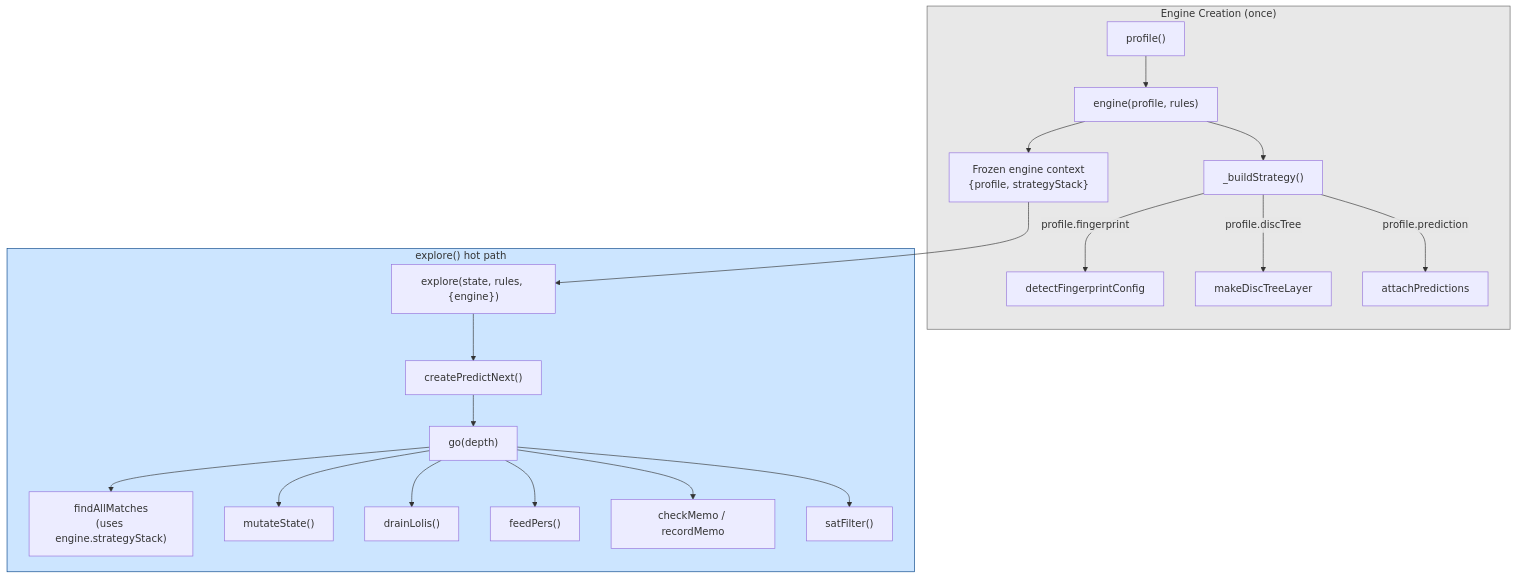
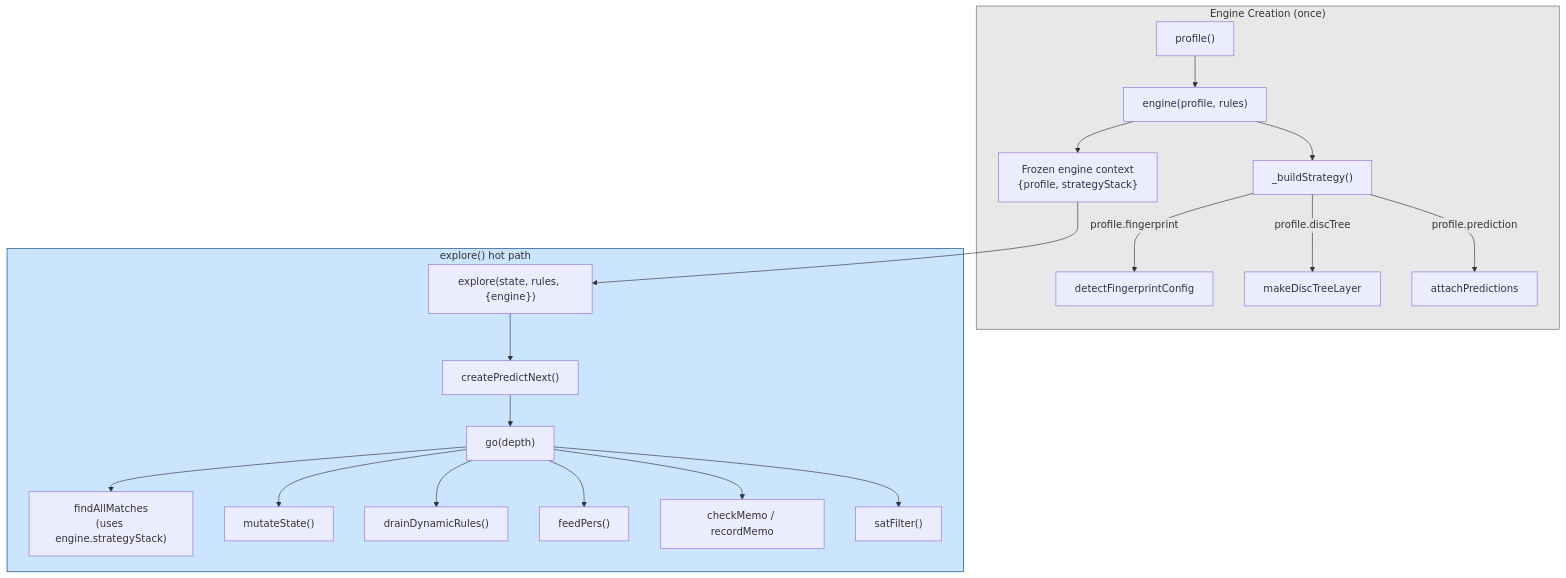
Before and after one commit to mhhf/calc: the diagram in doc/documentation/optimization-architecture.md, drawn with Mermaid. The commit also changed other lines of this file and 8 other files, not shown here.

````diff
--- a/doc/documentation/optimization-architecture.md
+++ b/doc/documentation/optimization-architecture.md
@@ -92,26 +91,26 @@
 ```mermaid
 graph TB
     subgraph Startup["Engine Creation (once)"]
         PROFILE["profile()"] --> ENGINE["engine(profile, rules)"]
         ENGINE --> STRATEGY["_buildStrategy()"]
         STRATEGY --> |"profile.fingerprint"| FP["detectFingerprintConfig"]
         STRATEGY --> |"profile.discTree"| DT["makeDiscTreeLayer"]
         STRATEGY --> |"profile.prediction"| PRED["attachPredictions"]
         ENGINE --> FROZEN["Frozen engine context<br/>{profile, strategyStack}"]
     end
 
     subgraph Runtime["explore() hot path"]
         FROZEN --> EXPLORE["explore(state, rules, {engine})"]
         EXPLORE --> PREDICT["createPredictNext()"]
         PREDICT --> GO["go(depth)"]
         GO --> MATCH["findAllMatches<br/>(uses engine.strategyStack)"]
         GO --> MUTATE["mutateState()"]
-        GO --> DRAIN["drainLolis()"]
+        GO --> DRAIN["drainDynamicRules()"]
         GO --> FEED["feedPers()"]
         GO --> MEMO["checkMemo / recordMemo"]
         GO --> SAT["satFilter()"]
     end
 
     style Startup fill:#e8e8e8,stroke:#666
     style Runtime fill:#cce5ff,stroke:#004085
 ```
````
